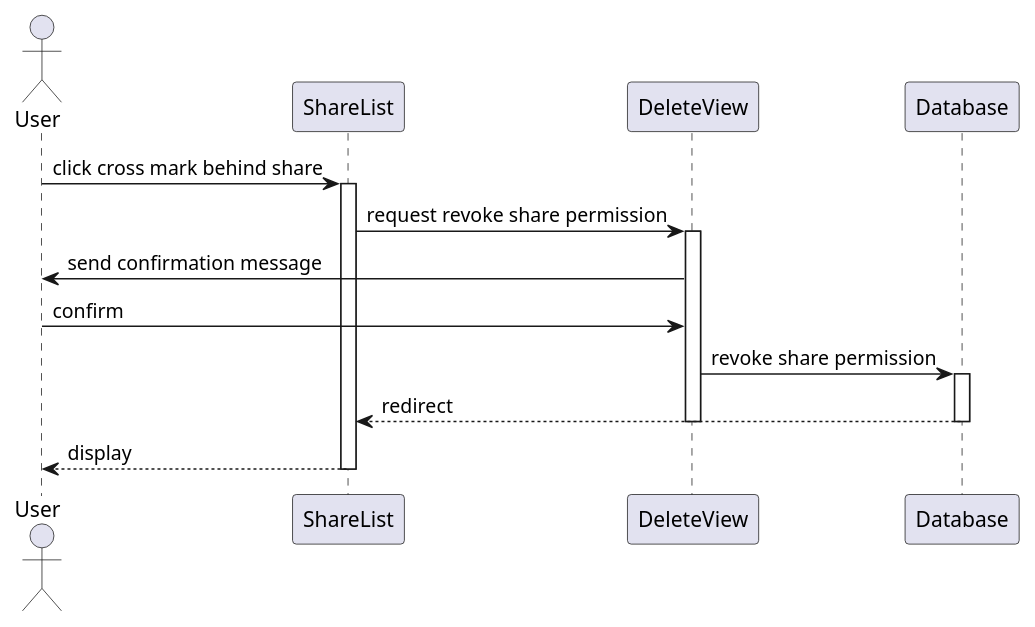
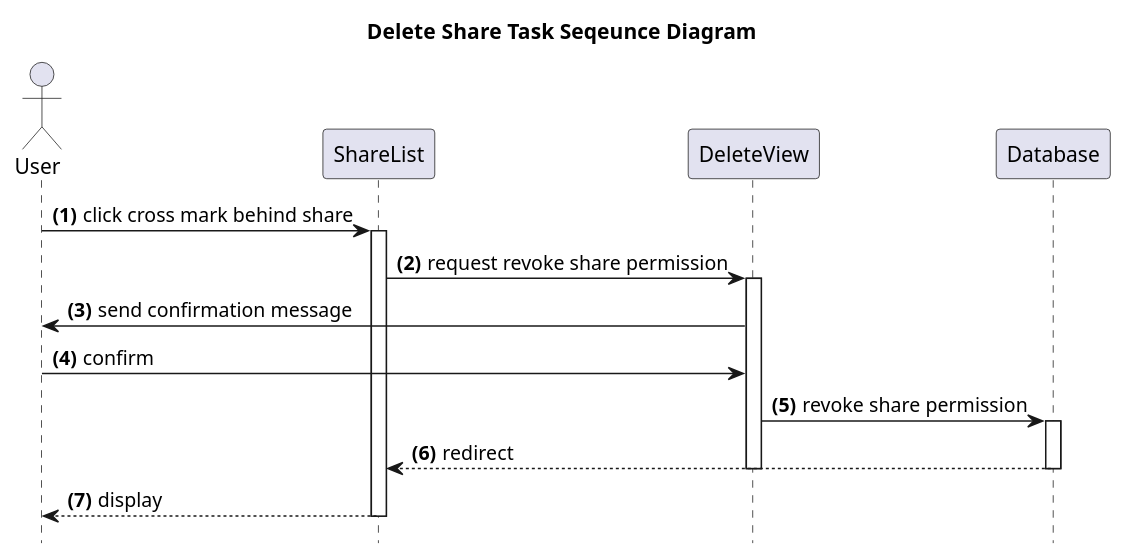
The diagram in documents/diagrams/src/web-client/sharedelete.wsd (Kritsanawipankhet/CE64-41), drawn with PlantUML before and after one commit. The commit also changed 11 other files, not shown here.

Commit message:
hide footbox

```diff
--- a/documents/diagrams/src/web-client/sharedelete.wsd
+++ b/documents/diagrams/src/web-client/sharedelete.wsd
@@ -1,16 +1,19 @@
 @startuml
+title **Delete Share Task** Seqeunce Diagram
+hide footbox
 Actor User
+autonumber "<b>(0)"
 User -> ShareList : click cross mark behind share
 activate ShareList
 ShareList -> DeleteView : request revoke share permission
 activate DeleteView
 DeleteView -> User : send confirmation message
 User -> DeleteView : confirm
 DeleteView -> Database : revoke share permission
 activate Database
 Database --> ShareList : redirect
 deactivate Database
 deactivate DeleteView
 ShareList --> User : display
 deactivate ShareList
 @enduml
```
